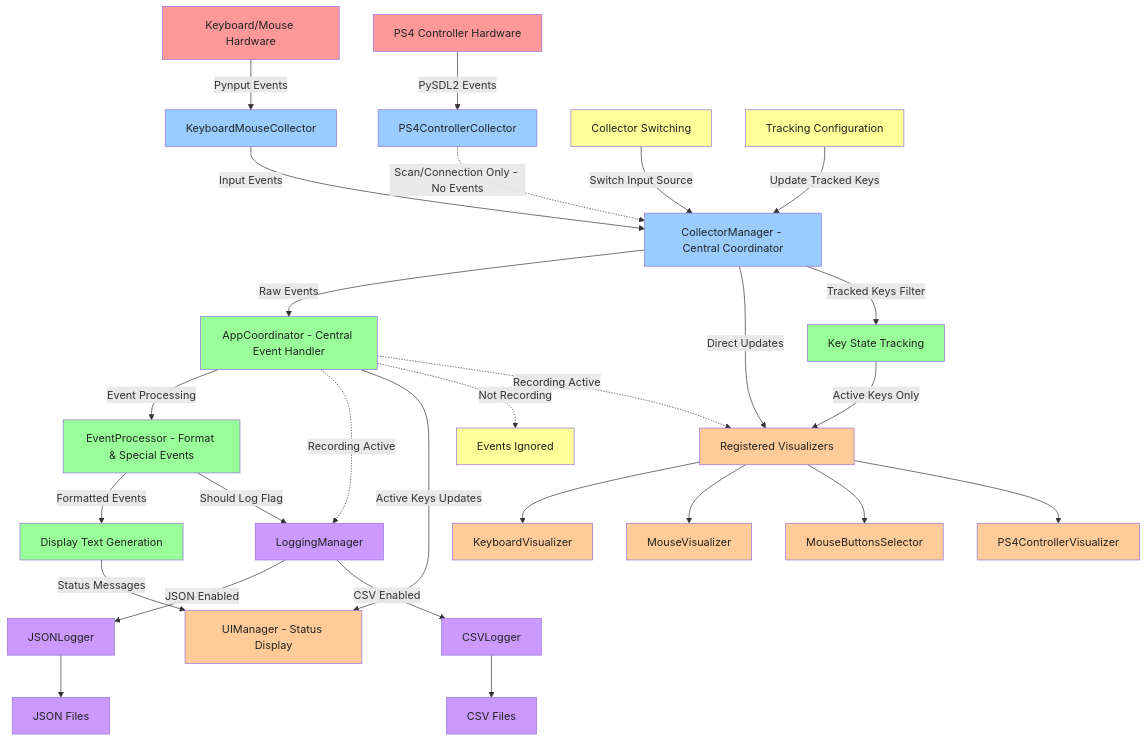
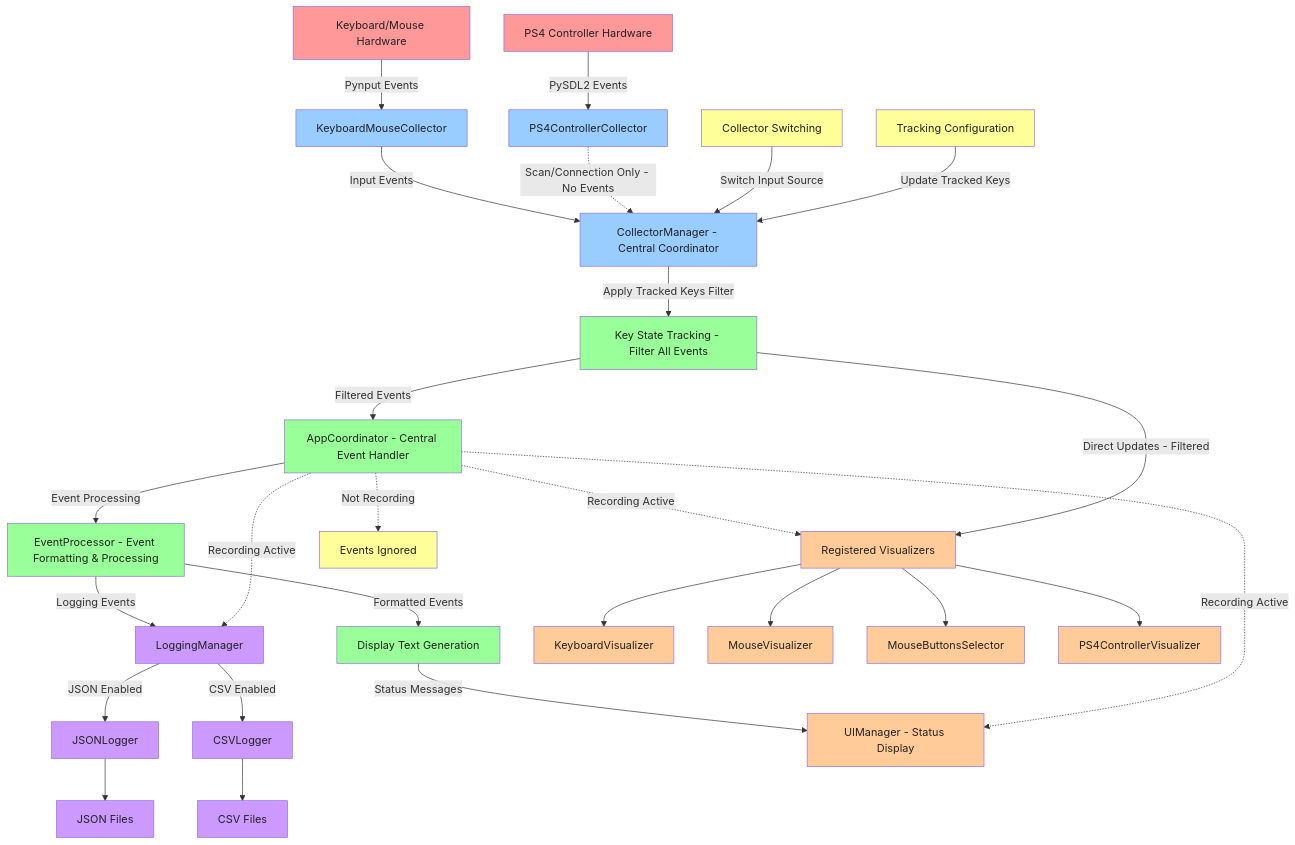
One commit to PabloSoage/NeuroSync-Framework changed the diagram in Diagrams/InputCollector/final_diagrams/It2/ic_samples_flowchart_it2.md. Above: the diagram before and after it, drawn with Mermaid. The commit also changed 12 other files, not shown here.

````diff
--- a/Diagrams/InputCollector/final_diagrams/It2/ic_samples_flowchart_it2.md
+++ b/Diagrams/InputCollector/final_diagrams/It2/ic_samples_flowchart_it2.md
@@ -1,66 +1,63 @@
 ```mermaid
 flowchart TD
     %% Hardware Input Sources
     A[Keyboard/Mouse Hardware] -->|Pynput Events| B[KeyboardMouseCollector]
     A2[PS4 Controller Hardware] -->|PySDL2 Events| B2[PS4ControllerCollector]
     
     %% Collection Management Layer
     B -->|Input Events| C[CollectorManager - Central Coordinator]
     B2 -.->|Scan/Connection Only - No Events| C
     
+    %% Key Filtering Layer
+    C -->|Apply Tracked Keys Filter| O[Key State Tracking - Filter All Events]
+    
     %% Event Processing and Coordination
-    C -->|Raw Events| D[AppCoordinator - Central Event Handler]
-    D -->|Event Processing| E[EventProcessor - Format & Special Events]
+    O -->|Filtered Events| D[AppCoordinator - Central Event Handler]
+    D -->|Event Processing| E[EventProcessor - Event Formatting & Processing]
     
-    %% Event Distribution Branches
+    %% AppCoordinator Distribution
     E -->|Formatted Events| F[Display Text Generation]
-    E -->|Should Log Flag| G[LoggingManager]
+    E -->|Logging Events| G[LoggingManager]
     
-    %% Visualization Branch
-    C -->|Direct Updates| H[Registered Visualizers]
+    %% Visualization Branch - Direct from CollectorManager
+    D -.->|Recording Active| H[Registered Visualizers]
+    O -->|Direct Updates - Filtered| H
     H --> I1[KeyboardVisualizer]
     H --> I2[MouseVisualizer] 
     H --> I3[MouseButtonsSelector]
     H --> I4[PS4ControllerVisualizer]
     
     %% Logging Branch
     G -->|JSON Enabled| J1[JSONLogger]
     G -->|CSV Enabled| J2[CSVLogger]
     J1 --> K1[JSON Files]
     J2 --> K2[CSV Files]
     
     %% UI Display Branch
     F -->|Status Messages| L[UIManager - Status Display]
-    
+    D -.->|Recording Active| L
     
     %% User Controls
     M1[Collector Switching] -->|Switch Input Source| C
     M2[Tracking Configuration] -->|Update Tracked Keys| C
     
-    %% Key Filtering
-    C -->|Tracked Keys Filter| O[Key State Tracking]
-    O -->|Active Keys Only| H
-    
     %% Recording State Control
     D -.->|Recording Active| G
-
-    D -->|Active Keys Updates| L
-
+    
     D -.->|Not Recording| P[Events Ignored]
-    D -.->|Recording Active| H
     
     %% Styling
     classDef hardware fill:#ff9999,color:#222
     classDef collection fill:#99ccff,color:#222
     classDef processing fill:#99ff99,color:#222
     classDef visualization fill:#ffcc99,color:#222
     classDef output fill:#cc99ff,color:#222
     classDef control fill:#ffff99,color:#222
     
     class A,A2 hardware
     class B,B2,C collection
     class D,E,F,O processing
     class H,I1,I2,I3,I4,L visualization
     class G,J1,J2,K1,K2 output
     class M1,M2,P control
 ```
````
